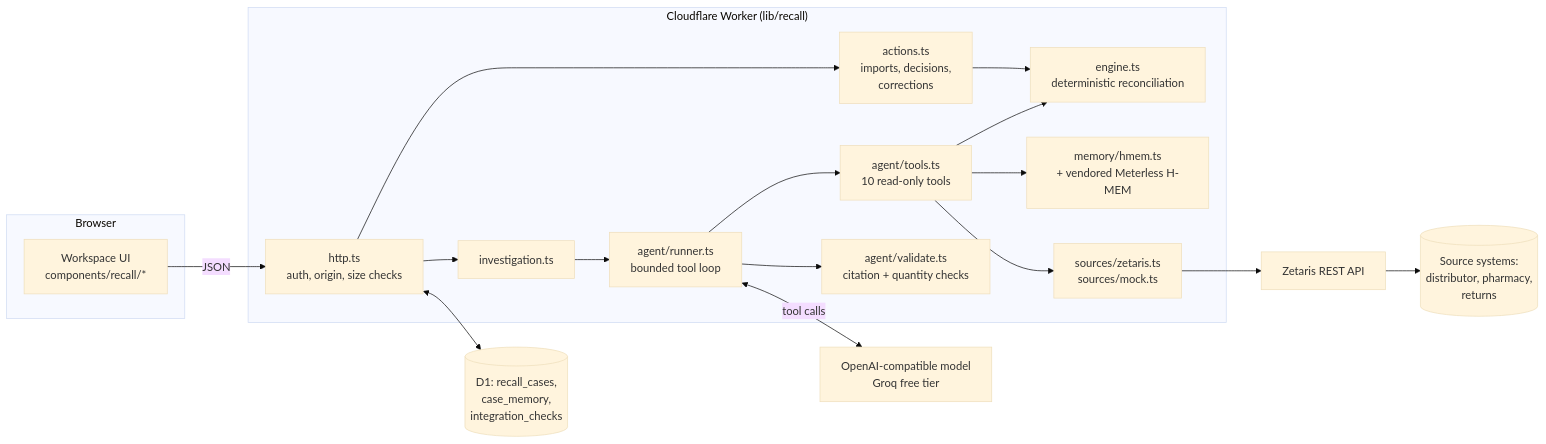
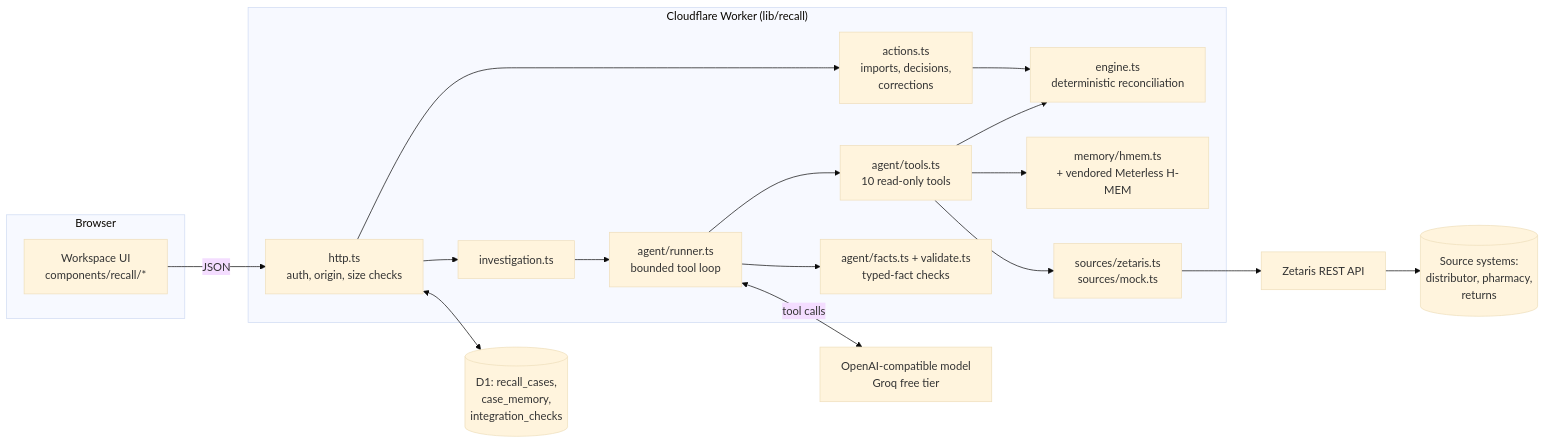
One commit to professor-200629/recallreach changed the first of 2 diagrams in docs/ARCHITECTURE.md. Above: the diagram before and after it, drawn with Mermaid (base theme). The commit also changed other lines of this file and 46 other files, not shown here.

First line of the commit message:
Replace free-text verification with typed facts; harden memory, imports and saves

````diff
--- a/docs/ARCHITECTURE.md
+++ b/docs/ARCHITECTURE.md
@@ -5,28 +5,28 @@
 ```mermaid
 flowchart LR
   subgraph Browser
     UI[Workspace UI<br/>components/recall/*]
   end
   subgraph Worker["Cloudflare Worker (lib/recall)"]
     HTTP[http.ts<br/>auth, origin, size checks]
     ACT[actions.ts<br/>imports, decisions,<br/>corrections]
     ENG[engine.ts<br/>deterministic reconciliation]
     INV[investigation.ts]
     AG[agent/runner.ts<br/>bounded tool loop]
     TOOLS[agent/tools.ts<br/>10 read-only tools]
-    VAL[agent/validate.ts<br/>citation + quantity checks]
+    VAL[agent/facts.ts + validate.ts<br/>typed-fact checks]
     MEM[memory/hmem.ts<br/>+ vendored Meterless H-MEM]
     SRC[sources/zetaris.ts<br/>sources/mock.ts]
   end
   D1[(D1: recall_cases,<br/>case_memory,<br/>integration_checks)]
   LLM[OpenAI-compatible model<br/>Groq free tier]
   ZET[Zetaris REST API]
   PG[(Source systems:<br/>distributor, pharmacy,<br/>returns)]
   UI -->|JSON| HTTP --> ACT --> ENG
   HTTP --> INV --> AG --> TOOLS --> ENG
   AG <-->|tool calls| LLM
   AG --> VAL
   TOOLS --> MEM
   TOOLS --> SRC --> ZET --> PG
   HTTP <--> D1
 ```
````
